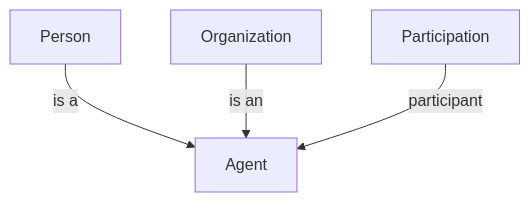
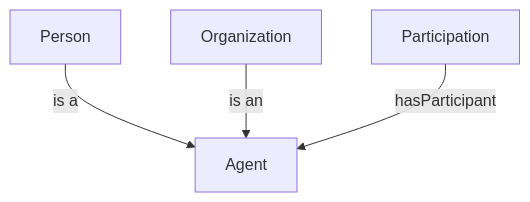
The diagram in modules/core/agent/docs/08_concept-diagram.md (project-construct-x/constructx-ontologies), drawn with Mermaid before and after one commit. The commit also changed 43 other files, not shown here.

````diff
--- a/modules/core/agent/docs/08_concept-diagram.md
+++ b/modules/core/agent/docs/08_concept-diagram.md
@@ -10,7 +10,7 @@
 ```mermaid
 flowchart TB
     Agent[Agent]
     Person[Person] -->|is a| Agent
     Organization[Organization] -->|is an| Agent
-    Participation[Participation] -->|participant| Agent
+    Participation[Participation] -->|hasParticipant| Agent
 ```
````
